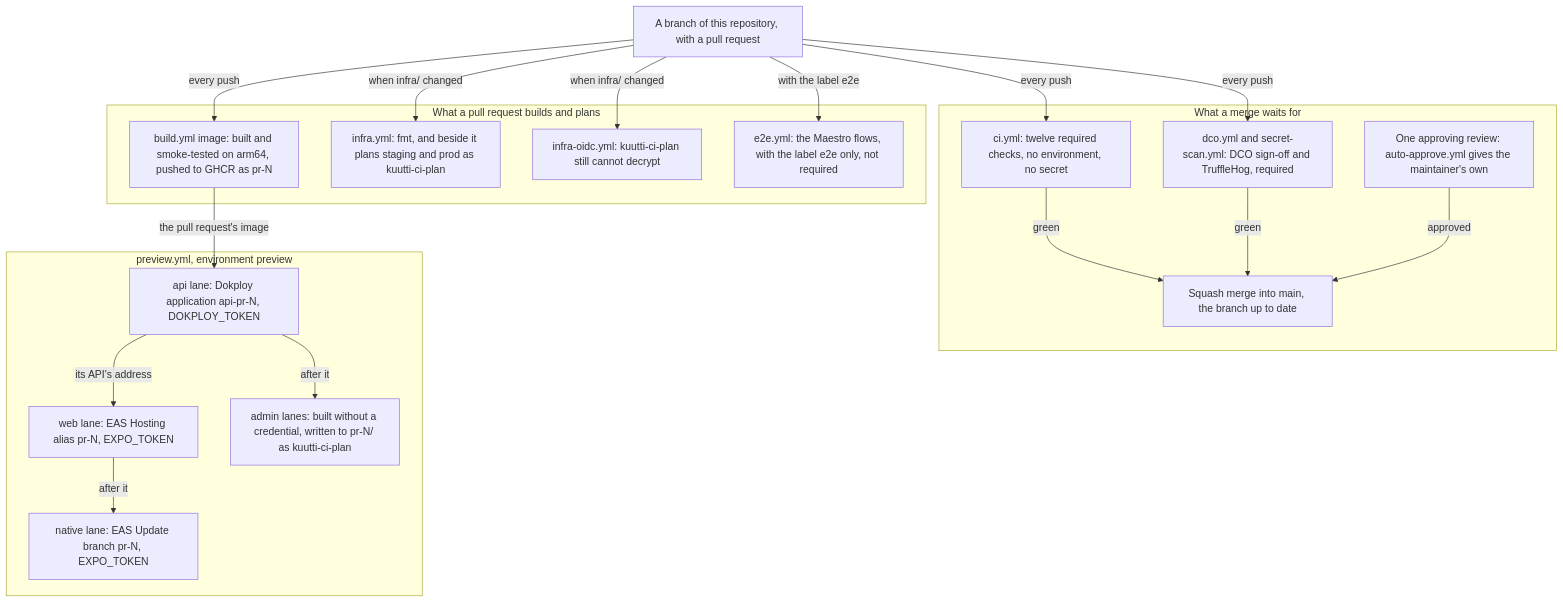
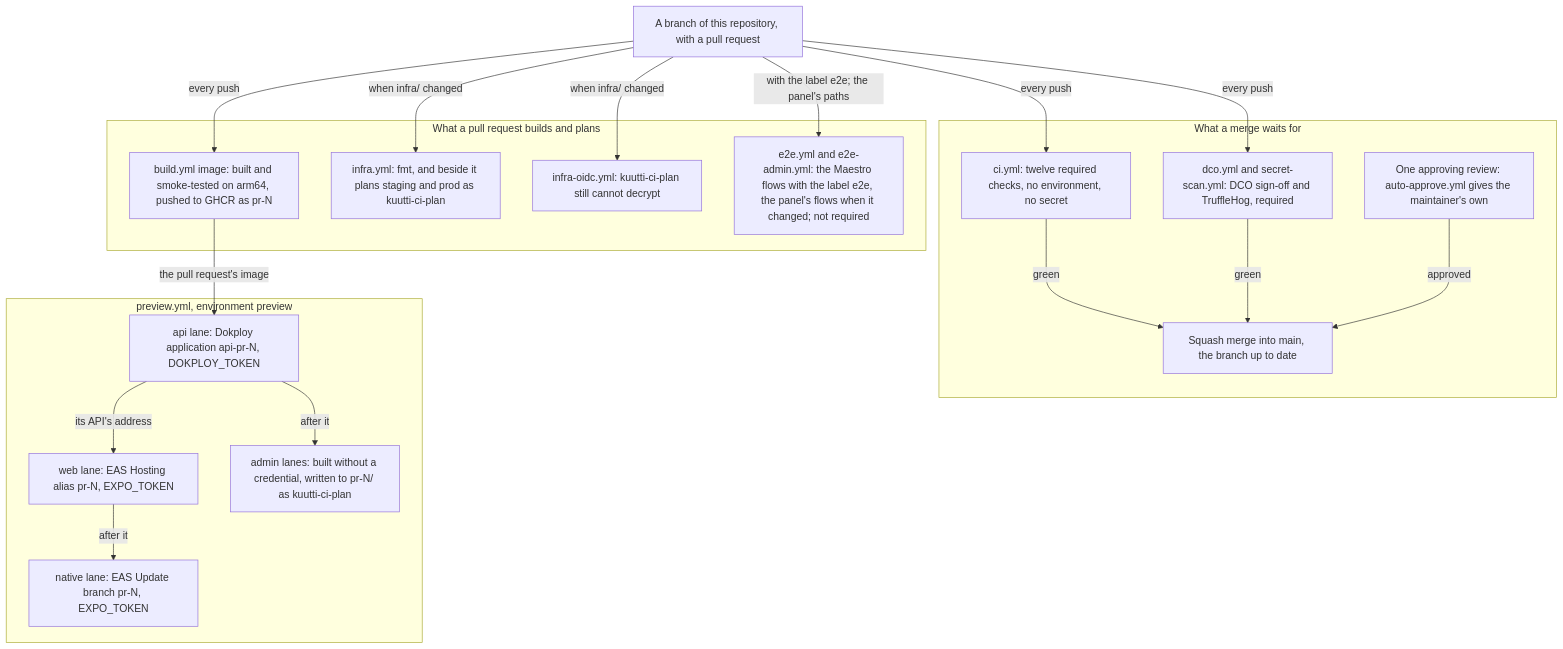
One commit to kuutti-ry/kuutti-app changed the first of 3 diagrams in docs/architecture/delivery.md. Above: the diagram before and after it, drawn with Mermaid. The commit also changed other lines of this file and 26 other files, not shown here.

````diff
--- a/docs/architecture/delivery.md
+++ b/docs/architecture/delivery.md
@@ -29,37 +30,37 @@
 ```mermaid
 flowchart TB
   accTitle: Delivery, part 1: a pull request
-  accDescr: Every push to a pull request runs the fourteen required checks, builds and smoke-tests the API image and pushes it under the pull request's tags. A change under infra is planned for staging and production by the read-only role. The previews deploy the image as a Dokploy application, the web export to EAS Hosting, the admin panel to its prefix and, when native code changed, an EAS Update. Merging needs the checks green and one approving review, and is a squash. The Maestro flows run only with the label e2e and do not gate the merge.
+  accDescr: Every push to a pull request runs the fourteen required checks, builds and smoke-tests the API image and pushes it under the pull request's tags. A change under infra is planned for staging and production by the read-only role. The previews deploy the image as a Dokploy application, the web export to EAS Hosting, the admin panel to its prefix and, when native code changed, an EAS Update. Merging needs the checks green and one approving review, and is a squash. The Maestro flows run only with the label e2e, the panel's flows when what they exercise changed; neither gates the merge.
   n1["A branch of this repository, with a pull request"]
   subgraph gates["What a merge waits for"]
     n2["ci.yml: twelve required checks, no environment, no secret"]
     n3["dco.yml and secret-scan.yml: DCO sign-off and TruffleHog, required"]
     n4["One approving review: auto-approve.yml gives the maintainer's own"]
     n5["Squash merge into main, the branch up to date"]
   end
   subgraph prwork["What a pull request builds and plans"]
     n6["build.yml image: built and smoke-tested on arm64, pushed to GHCR as pr-N"]
     n7["infra.yml: fmt, and beside it plans staging and prod as kuutti-ci-plan"]
     n8["infra-oidc.yml: kuutti-ci-plan still cannot decrypt"]
-    n9["e2e.yml: the Maestro flows, with the label e2e only, not required"]
+    n9["e2e.yml and e2e-admin.yml: the Maestro flows with the label e2e, the panel's flows when it changed; not required"]
   end
   subgraph prev["preview.yml, environment preview"]
     n10["api lane: Dokploy application api-pr-N, DOKPLOY_TOKEN"]
     n11["web lane: EAS Hosting alias pr-N, EXPO_TOKEN"]
     n12["admin lanes: built without a credential, written to pr-N/ as kuutti-ci-plan"]
     n13["native lane: EAS Update branch pr-N, EXPO_TOKEN"]
   end
   n1 -->|"every push"| n2
   n1 -->|"every push"| n3
   n1 -->|"every push"| n6
   n1 -->|"when infra/ changed"| n7
   n1 -->|"when infra/ changed"| n8
-  n1 -->|"with the label e2e"| n9
+  n1 -->|"with the label e2e; the panel's paths"| n9
   n2 -->|"green"| n5
   n3 -->|"green"| n5
   n4 -->|"approved"| n5
   n6 -->|"the pull request's image"| n10
   n10 -->|"its API's address"| n11
   n10 -->|"after it"| n12
   n11 -->|"after it"| n13
 ```
````
